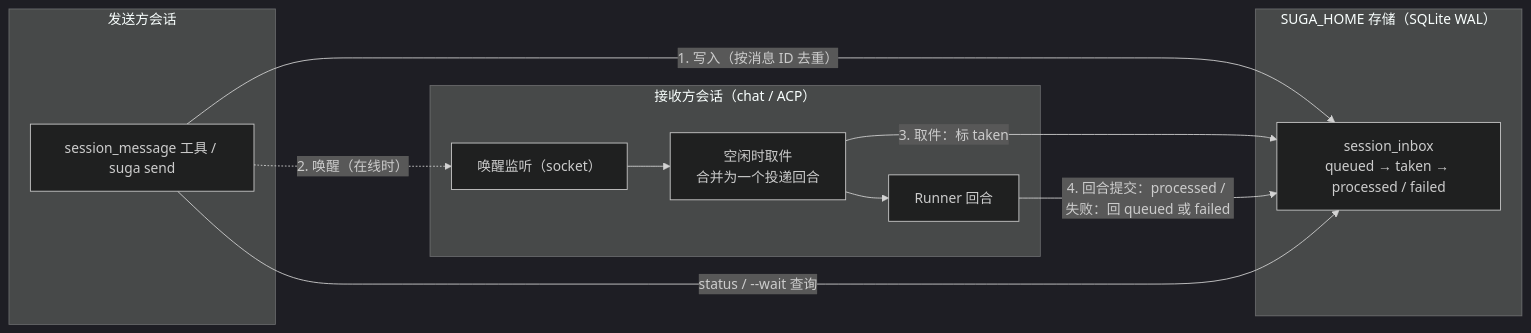
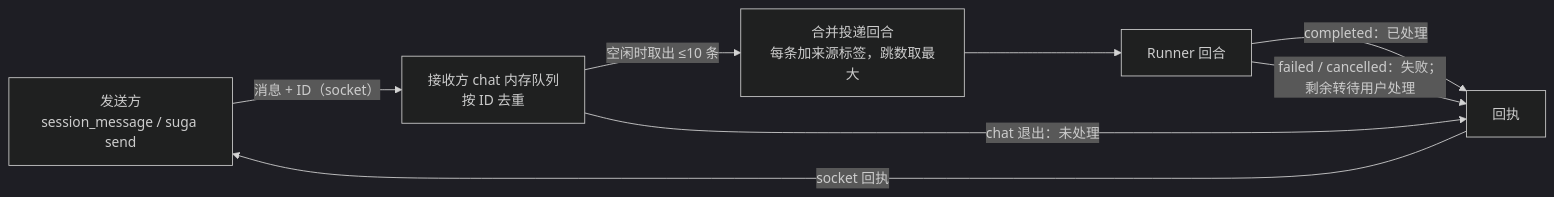
One commit to inhere/suga changed the first of 2 diagrams in docs/design/2026-10-22-session-message-delivery-design.md. Above: the diagram before and after it, drawn with Mermaid (dark theme). The commit also changed other lines of this file and 2 other files, not shown here.

Commit message:
docs(design): session message delivery 0.2 after independent review; add the review

````diff
--- a/docs/design/2026-10-22-session-message-delivery-design.md
+++ b/docs/design/2026-10-22-session-message-delivery-design.md
@@ -68,21 +90,10 @@
 ```mermaid
 flowchart LR
-  subgraph Sender["发送方会话"]
-    T["session_message 工具 / suga send"]
-  end
-  subgraph Store["SUGA_HOME 存储（SQLite WAL）"]
-    IB["session_inbox<br/>queued → taken → processed / failed"]
-  end
-  subgraph Receiver["接收方会话（chat / ACP）"]
-    W["唤醒监听（socket）"]
-    Q["空闲时取件<br/>合并为一个投递回合"]
-    R["Runner 回合"]
-  end
-  T -->|"1. 写入（按消息 ID 去重）"| IB
-  T -.->|"2. 唤醒（在线时）"| W
-  W --> Q
-  Q -->|"3. 取件：标 taken"| IB
-  Q --> R
-  R -->|"4. 回合提交：processed / 失败：回 queued 或 failed"| IB
-  T -->|"status / --wait 查询"| IB
+  T["发送方<br/>session_message / suga send"] -->|"消息 + ID（socket）"| Q["接收方 chat 内存队列<br/>按 ID 去重"]
+  Q -->|"空闲时取出 ≤10 条"| M["合并投递回合<br/>每条加来源标签，跳数取最大"]
+  M --> R["Runner 回合"]
+  R -->|"completed：已处理"| A["回执"]
+  R -->|"failed / cancelled：失败；剩余转待用户处理"| A
+  A -->|"socket 回执"| T
+  Q -->|"chat 退出：未处理"| A
 ```
````
